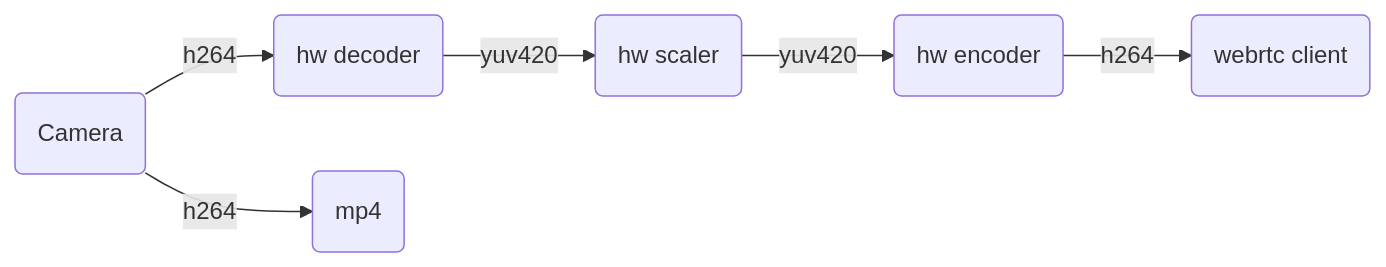
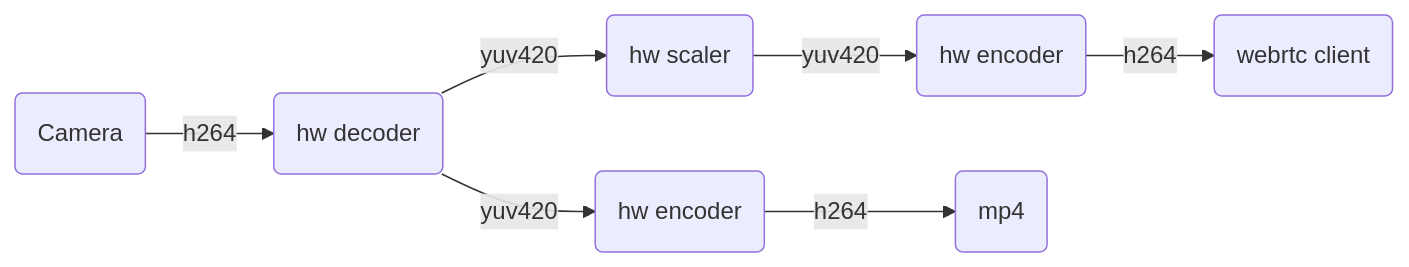
One commit to mazupo/pi-webrtc changed the first of 5 diagrams in docs/CAMERA_AND_ENCODING.md. Above: the diagram before and after it, drawn with Mermaid. The commit also changed other lines of this file and 5 other files, not shown here.

````diff
--- a/docs/CAMERA_AND_ENCODING.md
+++ b/docs/CAMERA_AND_ENCODING.md
@@ -108,5 +108,5 @@
 ```mermaid
 graph LR
 A(Camera) -- h264 --> B(hw decoder) -- yuv420 --> C(hw scaler) --yuv420--> D(hw encoder) --h264-->E(webrtc client)
-A --h264--> F(mp4)
+B --yuv420--> F(hw encoder) -- h264--> G(mp4)
 ```
````
